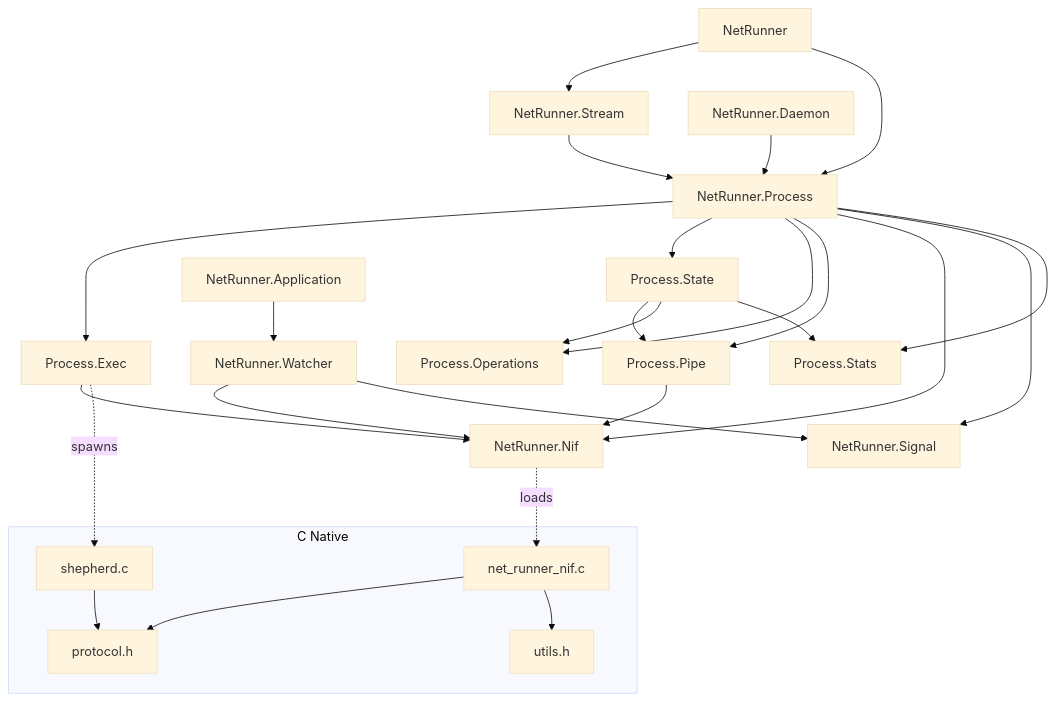
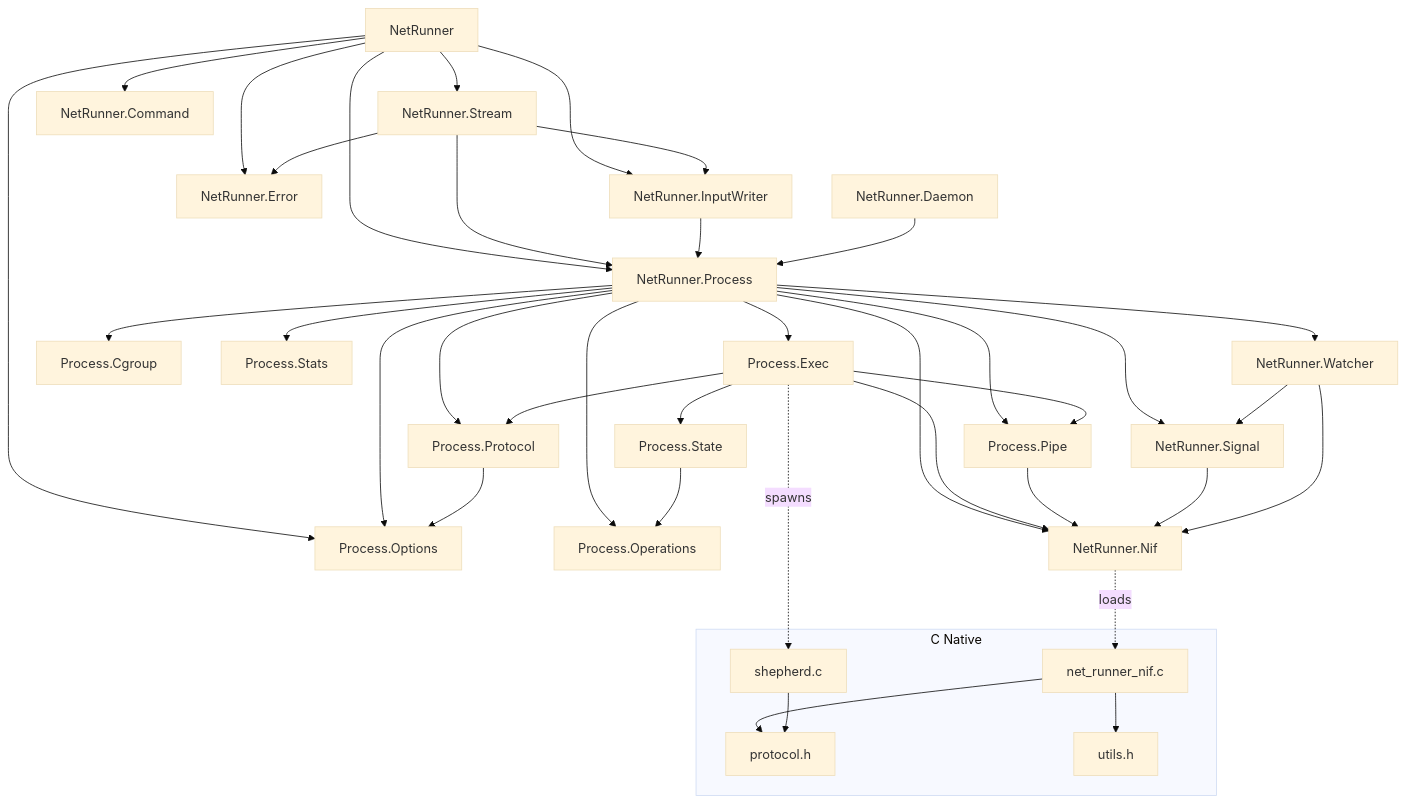
The diagram in docs/modules.md (nyo16/net_runner), drawn with Mermaid (base theme) before and after one commit. The commit also changed other lines of this file and 60 other files, not shown here.

````diff
--- a/docs/modules.md
+++ b/docs/modules.md
@@ -3,35 +3,47 @@
 ```mermaid
 graph TD
     NR[NetRunner] --> S[NetRunner.Stream]
     NR --> P[NetRunner.Process]
+    NR --> IW[NetRunner.InputWriter]
+    NR --> ERR[NetRunner.Error]
+    NR --> CMD[NetRunner.Command]
+    NR --> OPT[Process.Options]
     S --> P
+    S --> IW
+    S --> ERR
+    IW --> P
+    D[NetRunner.Daemon] --> P
     P --> EX[Process.Exec]
-    P --> ST[Process.State]
+    P --> OPT
     P --> OP[Process.Operations]
     P --> PI[Process.Pipe]
+    P --> PR[Process.Protocol]
+    P --> CG[Process.Cgroup]
     P --> NI[NetRunner.Nif]
     P --> SIG[NetRunner.Signal]
     P --> STATS[Process.Stats]
+    P --> W[NetRunner.Watcher]
+    EX --> PR
     EX --> NI
+    EX --> PI
+    EX --> ST[Process.State]
+    PR --> OPT
     PI --> NI
-    ST --> PI
     ST --> OP
-    ST --> STATS
-    W[NetRunner.Watcher] --> NI
+    SIG --> NI
+    W --> NI
     W --> SIG
-    APP[NetRunner.Application] --> W
-    D[NetRunner.Daemon] --> P
 
     subgraph "C Native"
         SH[shepherd.c]
         NIFC[net_runner_nif.c]
         PROTO[protocol.h]
         UTIL[utils.h]
     end
 
     NI -.->|loads| NIFC
     EX -.->|spawns| SH
     NIFC --> PROTO
     NIFC --> UTIL
     SH --> PROTO
 ```
````
